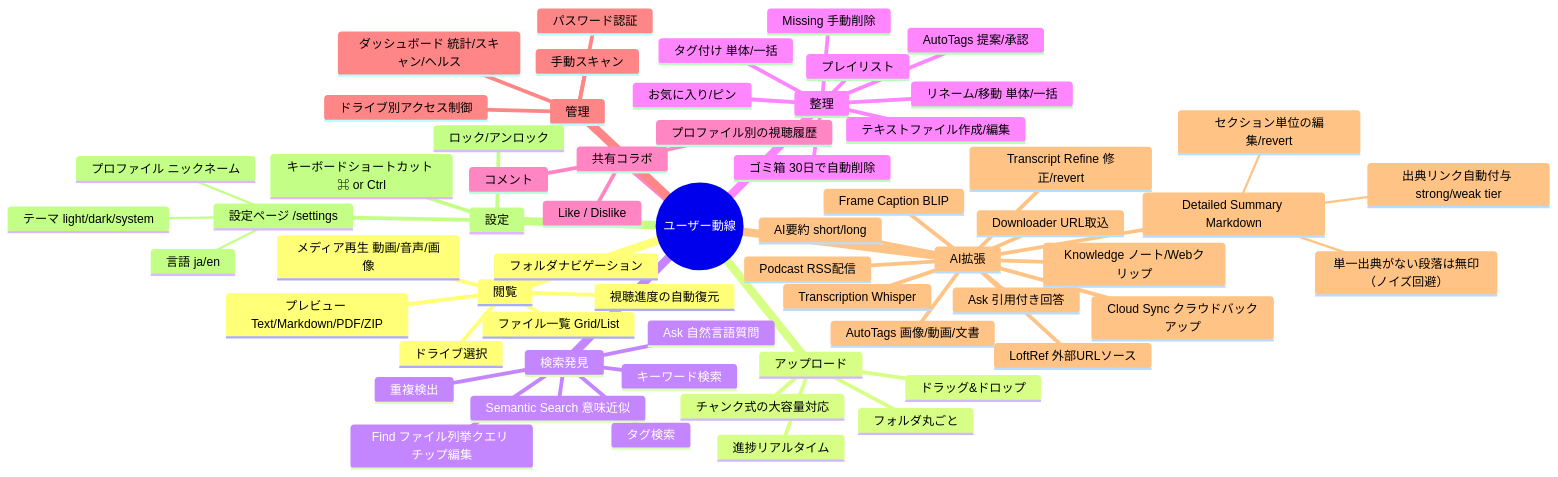
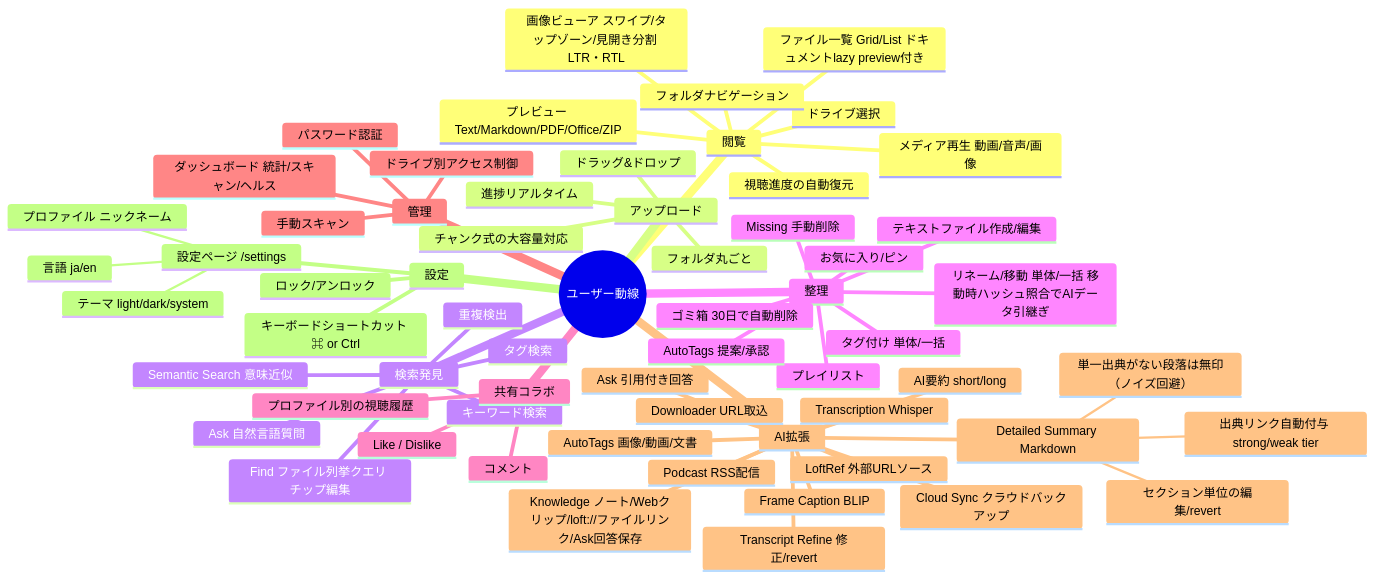
Before and after one commit to mamepenguin/Litloft: the second of 6 diagrams in docs/FEATURE-MAP.md, drawn with Mermaid. The commit also changed 4 other files, not shown here.

````diff
--- a/docs/FEATURE-MAP.md
+++ b/docs/FEATURE-MAP.md
@@ -46,64 +46,65 @@
 ```mermaid
 mindmap
   root((ユーザー動線))
     閲覧
       ドライブ選択
       フォルダナビゲーション
-      ファイル一覧 Grid/List
+      ファイル一覧 Grid/List ドキュメントlazy preview付き
       メディア再生 動画/音声/画像
-      プレビュー Text/Markdown/PDF/ZIP
+      プレビュー Text/Markdown/PDF/Office/ZIP
+      画像ビューア スワイプ/タップゾーン/見開き分割 LTR・RTL
       視聴進度の自動復元
     アップロード
       ドラッグ&ドロップ
       チャンク式の大容量対応
       フォルダ丸ごと
       進捗リアルタイム
     検索発見
       キーワード検索
       タグ検索
       重複検出
       Semantic Search 意味近似
       Ask 自然言語質問
       Find ファイル列挙クエリ チップ編集
     整理
       タグ付け 単体/一括
       プレイリスト
       お気に入り/ピン
-      リネーム/移動 単体/一括
+      リネーム/移動 単体/一括 移動時ハッシュ照合でAIデータ引継ぎ
       テキストファイル作成/編集
       ゴミ箱 30日で自動削除
       Missing 手動削除
       AutoTags 提案/承認
     共有コラボ
       コメント
       Like / Dislike
       プロファイル別の視聴履歴
     管理
       パスワード認証
       ドライブ別アクセス制御
       ダッシュボード 統計/スキャン/ヘルス
       手動スキャン
     AI拡張
       AI要約 short/long
       Detailed Summary Markdown
         出典リンク自動付与 strong/weak tier
         単一出典がない段落は無印（ノイズ回避）
         セクション単位の編集/revert
       AutoTags 画像/動画/文書
       Ask 引用付き回答
       Transcript Refine 修正/revert
       Transcription Whisper
       Frame Caption BLIP
-      Knowledge ノート/Webクリップ
+      Knowledge ノート/Webクリップ/loft://ファイルリンク/Ask回答保存
       Downloader URL取込
       LoftRef 外部URLソース
       Cloud Sync クラウドバックアップ
       Podcast RSS配信
     設定
       設定ページ /settings
         プロファイル ニックネーム
         テーマ light/dark/system
         言語 ja/en
       ロック/アンロック
       キーボードショートカット ⌘ or Ctrl
 ```
````
